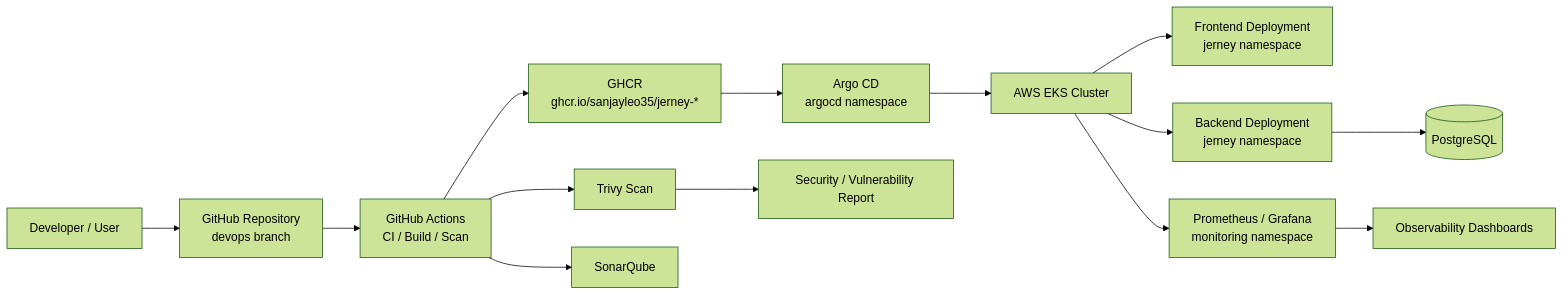
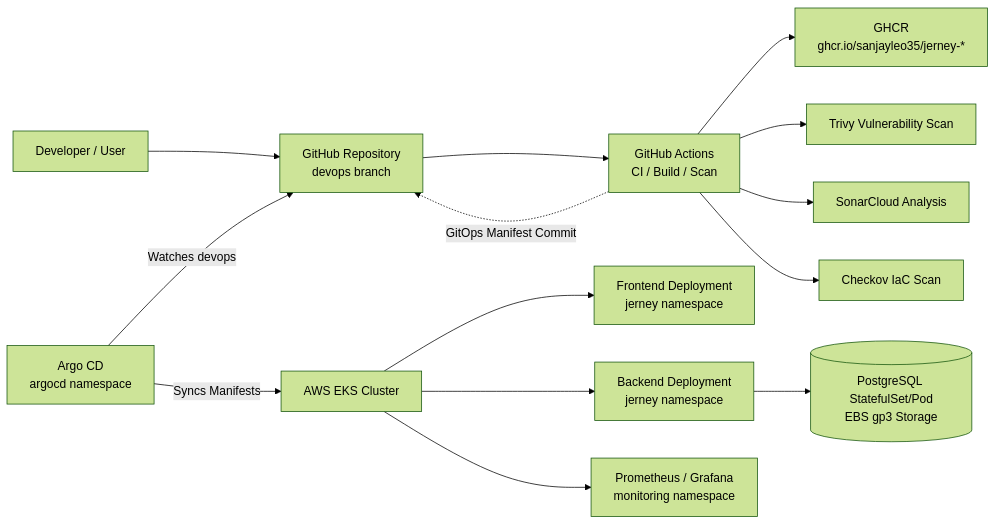
The diagram in README.md (sanjayleo35/Jerney), drawn with Mermaid (forest theme) before and after one commit. The commit also changed other lines of this file and 7 other files, not shown here.

````diff
--- a/README.md
+++ b/README.md
@@ -33,16 +18,16 @@
 ```mermaid
 flowchart LR
     User[Developer / User] --> Git[GitHub Repository<br/>devops branch]
     Git --> GA[GitHub Actions<br/>CI / Build / Scan]
     GA --> GHCR[GHCR<br/>ghcr.io/sanjayleo35/jerney-*]
-    GHCR --> Argo[Argo CD<br/>argocd namespace]
-    Argo --> EKS[AWS EKS Cluster]
+    GA -.->|GitOps Manifest Commit| Git
+    Argo[Argo CD<br/>argocd namespace] -->|Watches devops| Git
+    Argo -->|Syncs Manifests| EKS[AWS EKS Cluster]
     EKS --> Frontend[Frontend Deployment<br/>jerney namespace]
     EKS --> Backend[Backend Deployment<br/>jerney namespace]
-    Backend --> DB[(PostgreSQL)]
+    Backend --> DB[(PostgreSQL StatefulSet/Pod<br/>EBS gp3 Storage)]
     EKS --> Prom[Prometheus / Grafana<br/>monitoring namespace]
-    GA --> Trivy[Trivy Scan]
-    GA --> Sonar[SonarQube]
-    Prom --> Dash[Observability Dashboards]
-    Trivy --> Security[Security / Vulnerability Report]
+    GA --> Trivy[Trivy Vulnerability Scan]
+    GA --> Sonar[SonarCloud Analysis]
+    GA --> Checkov[Checkov IaC Scan]
 ```
````
